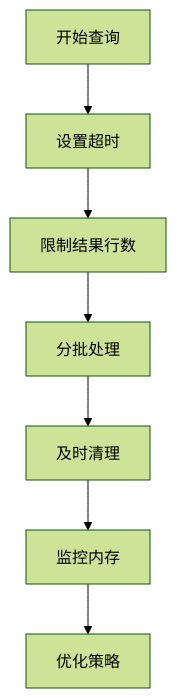
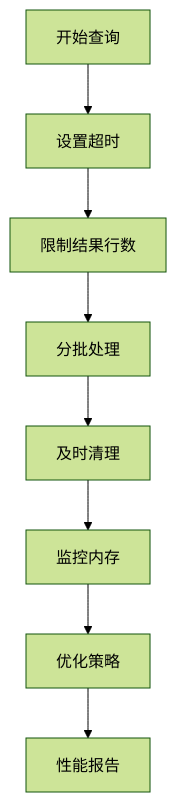
Before and after one commit to sd99886/test: the tenth of 10 diagrams in .qoder/repowiki/zh/content/Notebook使用指南.md, drawn with Mermaid (forest theme). The commit also changed other lines of this file and 195 other files, not shown here.

````diff
--- a/.qoder/repowiki/zh/content/Notebook使用指南.md
+++ b/.qoder/repowiki/zh/content/Notebook使用指南.md
@@ -349,9 +413,10 @@
 ```mermaid
 flowchart TD
 A[开始查询] --> B[设置超时]
 B --> C[限制结果行数]
 C --> D[分批处理]
 D --> E[及时清理]
 E --> F[监控内存]
 F --> G[优化策略]
+G --> H[性能报告]
 ```
````
